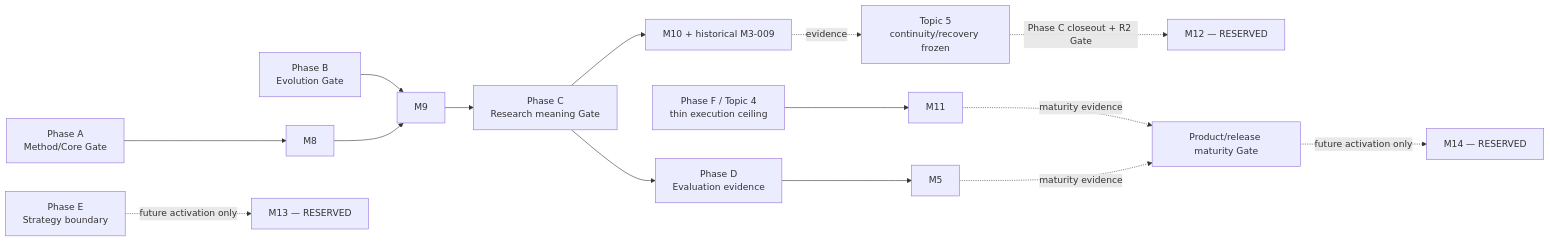
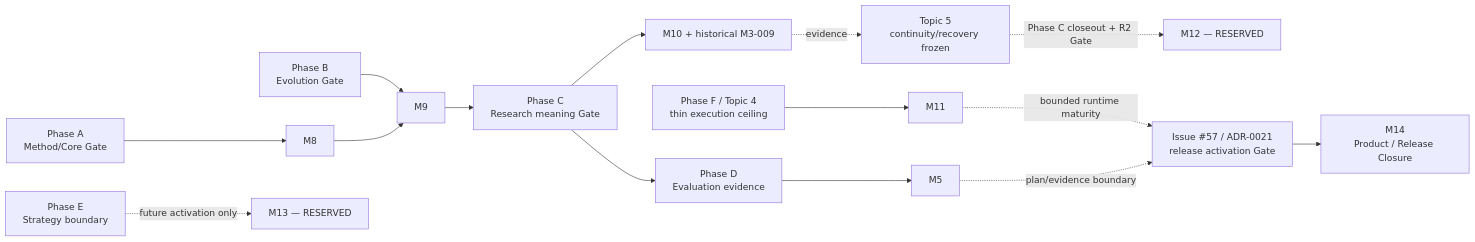
The diagram in docs/ROADMAP.md (Chengyue-Lu/research-agent-workbench), drawn with Mermaid before and after one commit. The commit also changed other lines of this file and 11 other files, not shown here.

Commit message:
docs(m14): define curated release closure

````diff
--- a/docs/ROADMAP.md
+++ b/docs/ROADMAP.md
@@ -58,18 +58,18 @@
 ```mermaid
 flowchart LR
     A["Phase A<br/>Method/Core Gate"] --> M8["M8"]
     B["Phase B<br/>Evolution Gate"] --> M9["M9"]
     C["Phase C<br/>Research meaning Gate"] --> M10["M10 + historical M3-009"]
     D["Phase D<br/>Evaluation evidence"] --> M5["M5"]
     E["Phase E<br/>Strategy boundary"] -. "future activation only" .-> M13["M13 — RESERVED"]
     F["Phase F / Topic 4<br/>thin execution ceiling"] --> M11["M11"]
     T5["Topic 5<br/>continuity/recovery frozen"] -. "Phase C closeout + R2 Gate" .-> M12["M12 — RESERVED"]
-    Release["Product/release maturity Gate"] -. "future activation only" .-> M14["M14 — RESERVED"]
+    Release["Issue #57 / ADR-0021<br/>release activation Gate"] --> M14["M14<br/>Product / Release Closure"]
 
     M8 --> M9
     M9 --> C
     C --> D
     M10 -. "evidence" .-> T5
-    M11 -. "maturity evidence" .-> Release
-    M5 -. "maturity evidence" .-> Release
+    M11 -. "bounded runtime maturity" .-> Release
+    M5 -. "plan/evidence boundary" .-> Release
 ```
````
